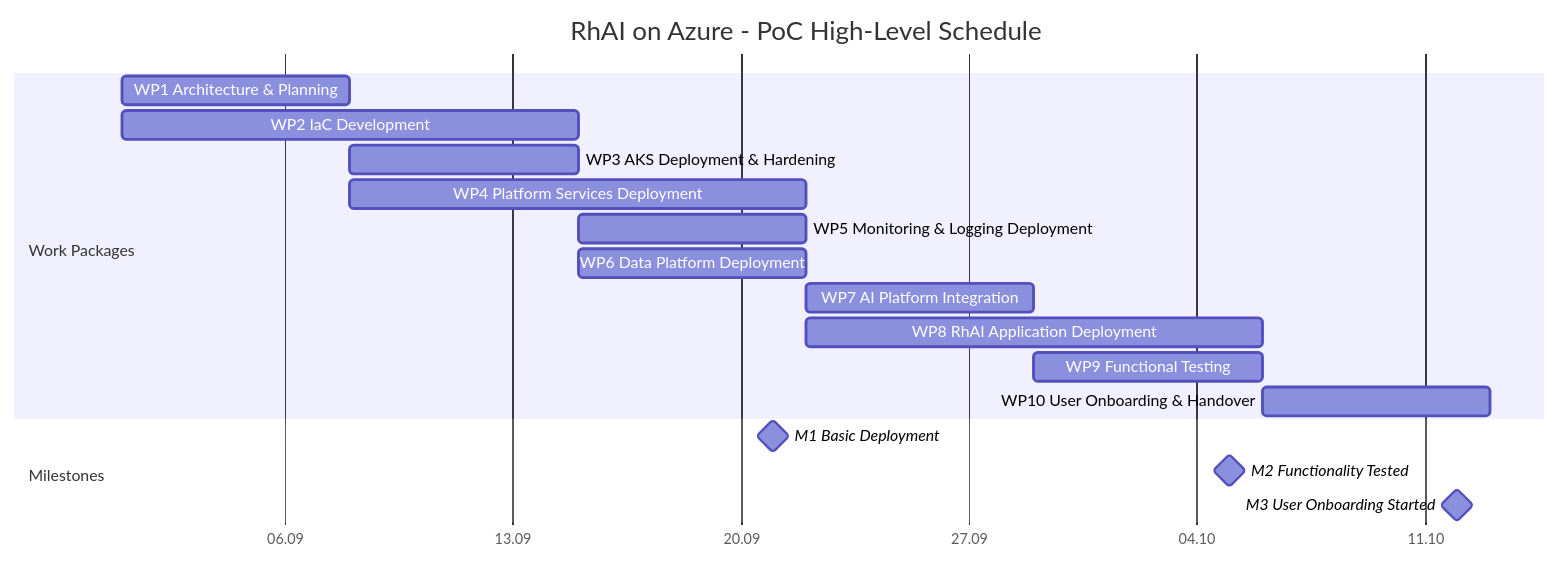
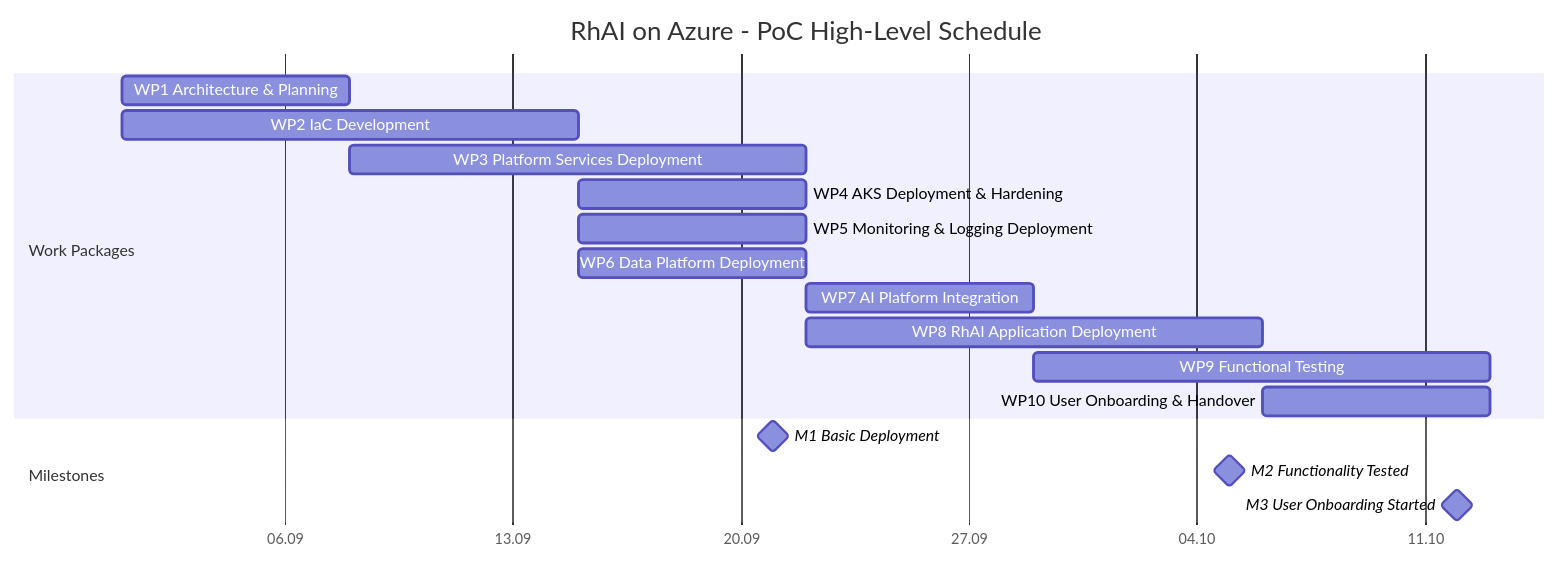
The diagram in project_plan.md (bkloeppe81/rhai_azure_pilot_offer), drawn with Mermaid before and after one commit. The commit also changed other lines of this file and 2 other files, not shown here.

````diff
--- a/project_plan.md
+++ b/project_plan.md
@@ -493,23 +481,23 @@
 ```mermaid
 gantt
     title RhAI on Azure - PoC High-Level Schedule
     dateFormat YYYY-MM-DD
     axisFormat %d.%m
 
     section Work Packages
     WP1 Architecture & Planning           :wp1, 2026-09-01, 7d
     WP2 IaC Development                   :wp2, 2026-09-01, 14d
-    WP3 AKS Deployment & Hardening        :wp3, 2026-09-08, 7d
-    WP4 Platform Services Deployment      :wp4, 2026-09-08, 14d
+    WP3 Platform Services Deployment      :wp4, 2026-09-08, 14d
+    WP4 AKS Deployment & Hardening        :wp3, 2026-09-15, 7d
     WP5 Monitoring & Logging Deployment   :wp5, 2026-09-15, 7d
     WP6 Data Platform Deployment          :wp6, 2026-09-15, 7d
     WP7 AI Platform Integration           :wp7, 2026-09-22, 7d
     WP8 RhAI Application Deployment       :wp8, 2026-09-22, 14d
-    WP9 Functional Testing                :wp9, 2026-09-29, 7d
+    WP9 Functional Testing                :wp9, 2026-09-29, 14d
     WP10 User Onboarding & Handover       :wp10, 2026-10-06, 7d
 
     section Milestones
     M1 Basic Deployment                   :milestone, m1, 2026-09-21, 0d
     M2 Functionality Tested               :milestone, m2, 2026-10-05, 0d
     M3 User Onboarding Started            :milestone, m3, 2026-10-12, 0d
 ```
````
